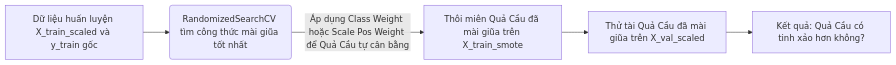
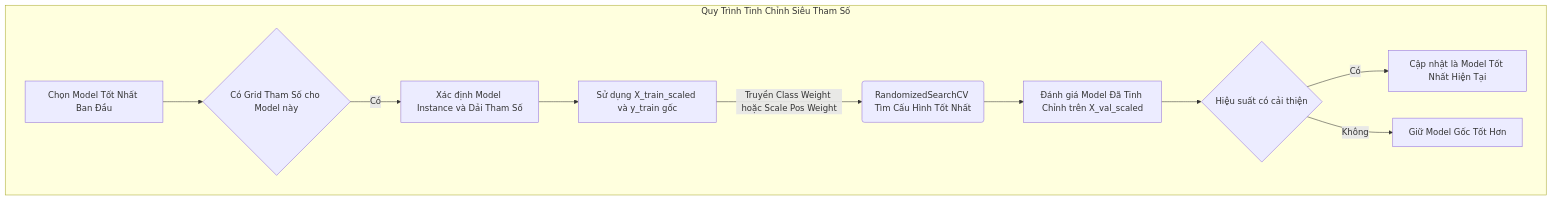
Before and after one commit to ShayNeeo/confess-crush: the fourth of 8 diagrams in round2.2.md, drawn with Mermaid. The commit also changed other lines of this file, not shown here.

````diff
--- a/round2.2.md
+++ b/round2.2.md
@@ -96,7 +118,13 @@
-        ```mermaid
-        graph LR
-            A[Dữ liệu huấn luyện X_train_scaled và y_train gốc] --> B(RandomizedSearchCV tìm công thức mài giũa tốt nhất);
-            B -- Áp dụng Class Weight hoặc Scale Pos Weight để Quả Cầu tự cân bằng --> C[Thôi miên Quả Cầu đã mài giũa trên X_train_smote];
-            C --> D[Thử tài Quả Cầu đã mài giũa trên X_val_scaled];
-            D --> E[Kết quả: Quả Cầu có tinh xảo hơn không?];
-        ```
+    ```mermaid
+    graph TD
+        subgraph Quy Trình Tinh Chỉnh Siêu Tham Số
+            A[Chọn Model Tốt Nhất Ban Đầu] --> B{Có Grid Tham Số cho Model này};
+            B -- Có --> C[Xác định Model Instance và Dải Tham Số];
+            C --> D[Sử dụng X_train_scaled và y_train gốc];
+            D -- Truyền Class Weight hoặc Scale Pos Weight --> E(RandomizedSearchCV Tìm Cấu Hình Tốt Nhất);
+            E --> F[Đánh giá Model Đã Tinh Chỉnh trên X_val_scaled];
+            F --> G{Hiệu suất có cải thiện};
+            G -- Có --> H[Cập nhật là Model Tốt Nhất Hiện Tại];
+            G -- Không --> I[Giữ Model Gốc Tốt Hơn];
+        end
+    ```
````
